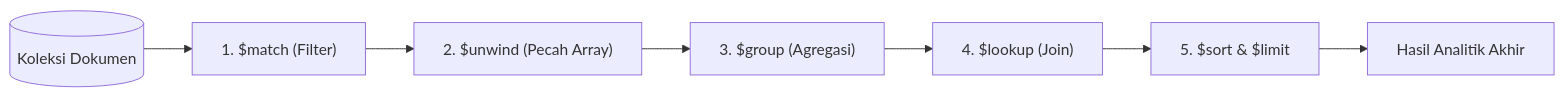
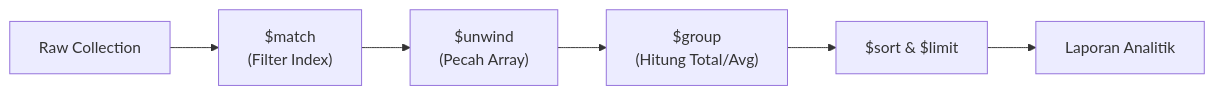
One commit to exa31/learning-docs changed the diagram in src/content/docs/mongodb/03-aggregation-pipeline-lengkap.md. Above: the diagram before and after it, drawn with Mermaid. The commit also changed other lines of this file and 129 other files, not shown here.

````diff
--- a/src/content/docs/mongodb/03-aggregation-pipeline-lengkap.md
+++ b/src/content/docs/mongodb/03-aggregation-pipeline-lengkap.md
@@ -10,9 +16,8 @@
 ```mermaid
 flowchart LR
-    Docs[(Koleksi Dokumen)] --> S1["1. $match (Filter)"]
-    S1 --> S2["2. $unwind (Pecah Array)"]
-    S2 --> S3["3. $group (Agregasi)"]
-    S3 --> S4["4. $lookup (Join)"]
-    S4 --> S5["5. $sort & $limit"]
-    S5 --> Out[Hasil Analitik Akhir]
+    Collection["Raw Collection"] --> StageMatch["$match\n(Filter Index)"]
+    StageMatch --> StageUnwind["$unwind\n(Pecah Array)"]
+    StageUnwind --> StageGroup["$group\n(Hitung Total/Avg)"]
+    StageGroup --> StageSort["$sort & $limit"]
+    StageSort --> FinalResult["Laporan Analitik"]
 ```
````
